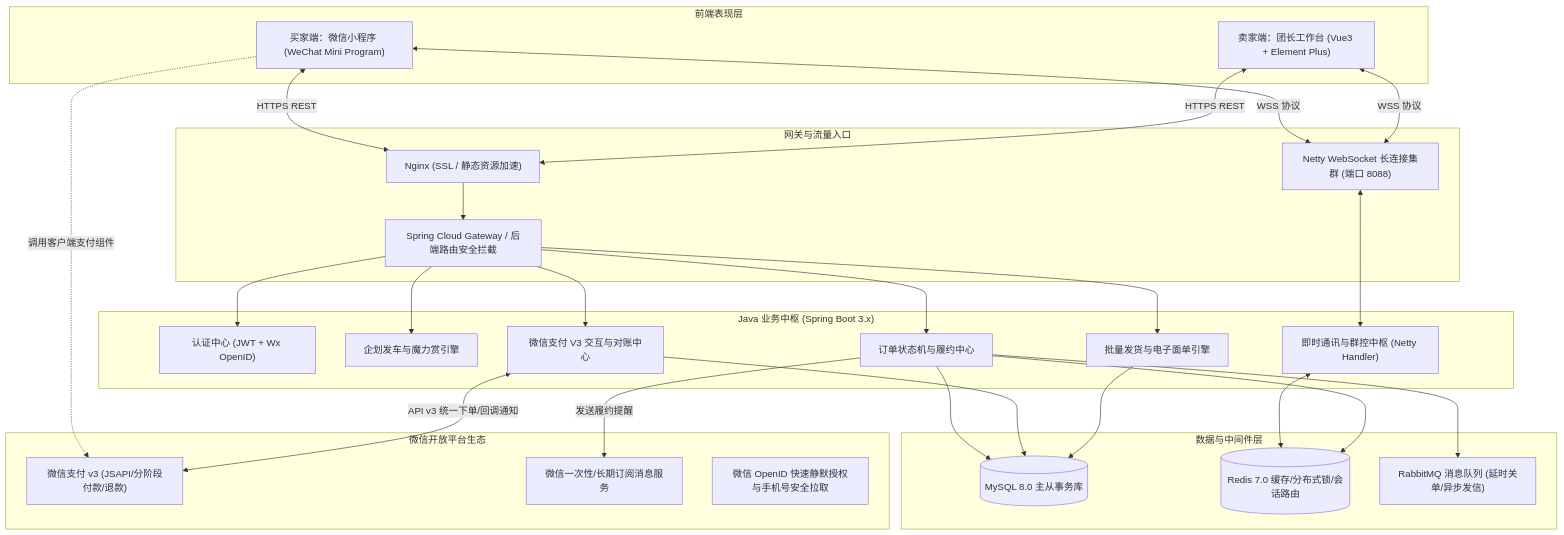
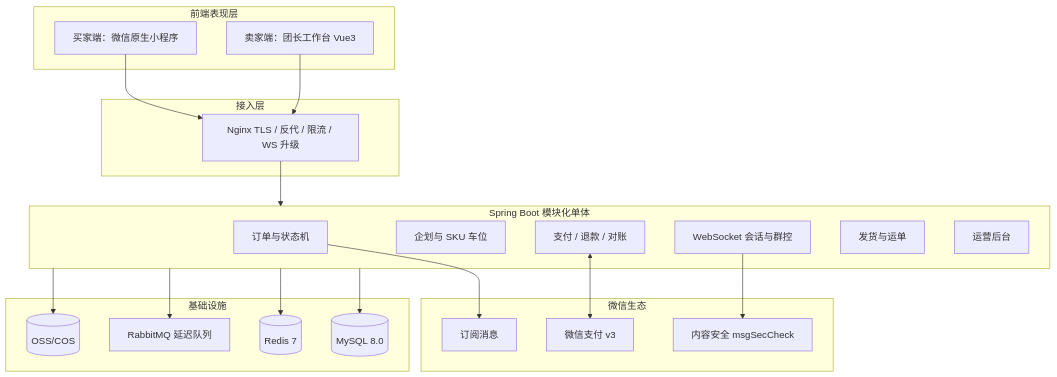
The first of 3 diagrams in README.md (ciiiallo/code), drawn with Mermaid before and after one commit. The commit also changed other lines of this file, not shown here.

````diff
--- a/README.md
+++ b/README.md
@@ -38,59 +144,39 @@
 ```mermaid
 flowchart TD
     subgraph Client["前端表现层"]
-        MP["买家端：微信小程序 (WeChat Mini Program)"]
-        PC["卖家端：团长工作台 (Vue3 + Element Plus)"]
+        MP["买家端：微信原生小程序"]
+        PC["卖家端：团长工作台 Vue3"]
     end
-
-    subgraph WX["微信开放平台生态"]
-        WxPay["微信支付 v3 (JSAPI/分阶段付款/退款)"]
-        WxMsg["微信一次性/长期订阅消息服务"]
-        WxAuth["微信 OpenID 快速静默授权与手机号安全拉取"]
+    subgraph WX["微信生态"]
+        WxPay["微信支付 v3"]
+        WxMsg["订阅消息"]
+        WxSec["内容安全 msgSecCheck"]
     end
-
-    subgraph Gateway["网关与流量入口"]
-        Nginx["Nginx (SSL / 静态资源加速)"]
-        API_GW["Spring Cloud Gateway / 后端路由安全拦截"]
-        Netty_Cluster["Netty WebSocket 长连接集群 (端口 8088)"]
+    subgraph Edge["接入层"]
+        Nginx["Nginx TLS / 反代 / 限流 / WS 升级"]
     end
-
-    subgraph Backend["Java 业务中枢 (Spring Boot 3.x)"]
-        AuthModule["认证中心 (JWT + Wx OpenID)"]
-        ProjectModule["企划发车与魔力赏引擎"]
-        OrderModule["订单状态机与履约中心"]
-        PayModule["微信支付 V3 交互与对账中心"]
-        IMModule["即时通讯与群控中枢 (Netty Handler)"]
-        BatchShipModule["批量发货与电子面单引擎"]
+    subgraph App["Spring Boot 模块化单体"]
+        OrderMod["订单与状态机"]
+        ProjMod["企划与 SKU 车位"]
+        PayMod["支付 / 退款 / 对账"]
+        IMMod["WebSocket 会话与群控"]
+        ShipMod["发货与运单"]
+        AdminMod["运营后台"]
     end
-
-    subgraph Storage["数据与中间件层"]
-        MySQL[(MySQL 8.0 主从事务库)]
-        Redis[(Redis 7.0 缓存/分布式锁/会话路由)]
-        RabbitMQ["RabbitMQ 消息队列 (延时关单/异步发信)"]
+    subgraph Infra["基础设施"]
+        MySQL[(MySQL 8.0)]
+        Redis[(Redis 7)]
+        MQ["RabbitMQ 延迟队列"]
+        OSS[(OSS/COS)]
     end
-
-    MP <-->|HTTPS REST| Nginx
-    PC <-->|HTTPS REST| Nginx
-    MP <-->|WSS 协议| Netty_Cluster
-    PC <-->|WSS 协议| Netty_Cluster
-
-    MP -.->|调用客户端支付组件| WxPay
-    PayModule <-->|API v3 统一下单/回调通知| WxPay
-    OrderModule -->|发送履约提醒| WxMsg
-
-    Nginx --> API_GW
-    API_GW --> AuthModule
-    API_GW --> ProjectModule
-    API_GW --> OrderModule
-    API_GW --> PayModule
-    API_GW --> BatchShipModule
-
-    Netty_Cluster <--> IMModule
-    IMModule <--> Redis
-
-    OrderModule --> MySQL
-    OrderModule --> Redis
-    OrderModule --> RabbitMQ
-    PayModule --> MySQL
-    BatchShipModule --> MySQL
+    MP --> Nginx
+    PC --> Nginx
+    Nginx --> App
+    PayMod <--> WxPay
+    OrderMod --> WxMsg
+    IMMod --> WxSec
+    App --> MySQL
+    App --> Redis
+    App --> MQ
+    App --> OSS
 ```
````
